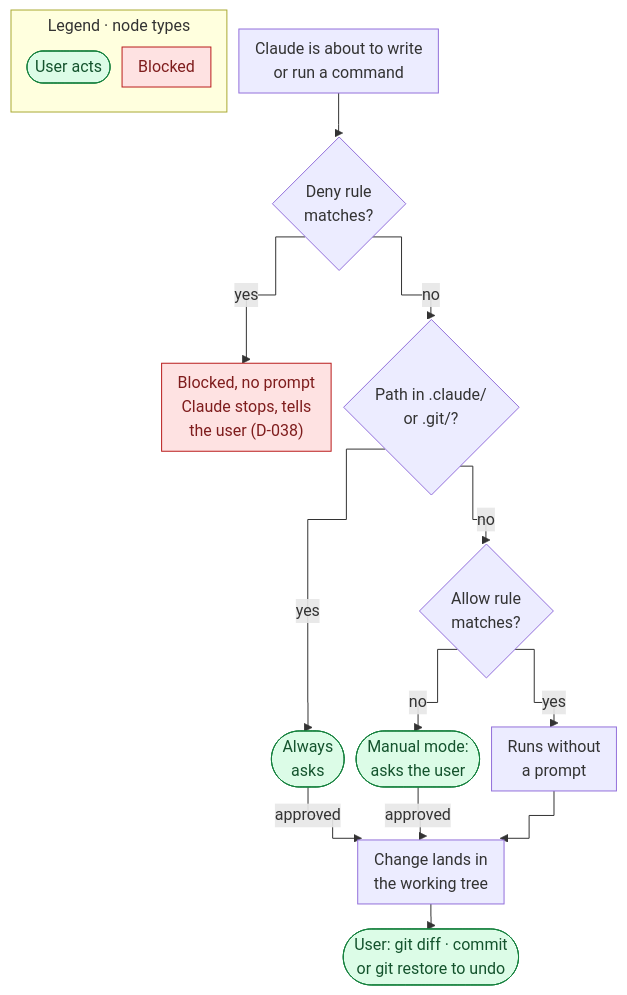
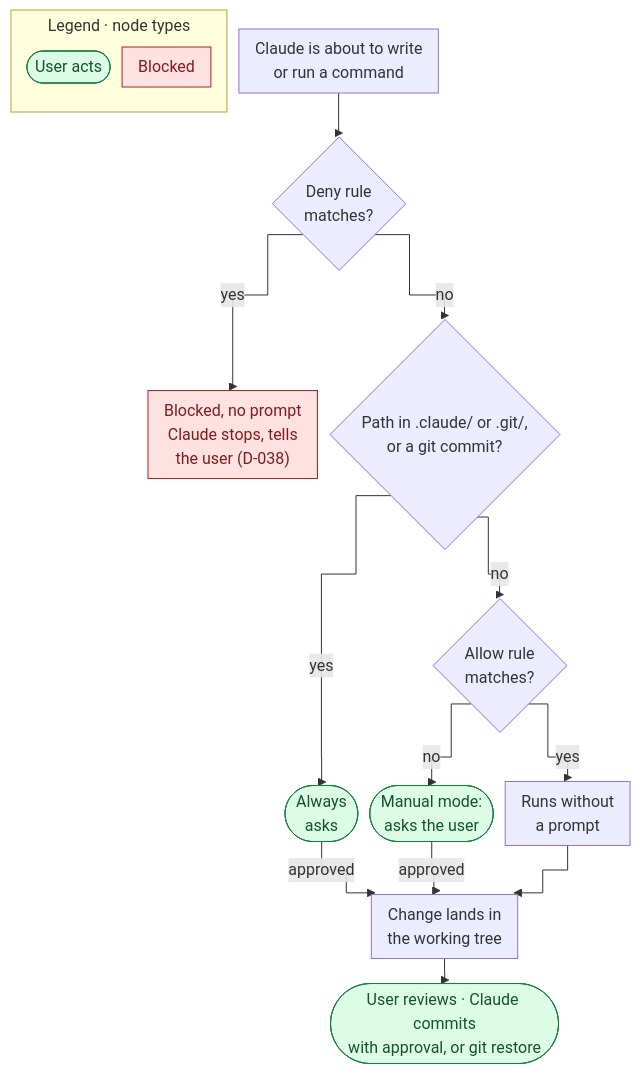
Diagram 15 of 18 in mine/projects/thinking-system/20 Product Requirements.md (quocnguyen13/second-brain), drawn with Mermaid before and after one commit. The commit also changed other lines of this file and 5 other files, not shown here.

````diff
--- a/mine/projects/thinking-system/20 Product Requirements.md
+++ b/mine/projects/thinking-system/20 Product Requirements.md
@@ -841,24 +976,24 @@
 ```mermaid
 %%{init: {"flowchart": {"curve": "step", "useMaxWidth": true, "nodeSpacing": 12, "rankSpacing": 25, "padding": 8, "subGraphTitleMargin": {"top": 4, "bottom": 8}}}}%%
 flowchart TD
     subgraph LEG["Legend · node types"]
         direction TB
         L1(["User acts"]):::user
         L2["Blocked"]:::stop
     end
     A["Claude is about to write<br/>or run a command"] --> B{"Deny rule<br/>matches?"}
     B -->|"yes"| B1["Blocked, no prompt<br/>Claude stops, tells<br/>the user (D-038)"]
-    B -->|"no"| C{"Path in .claude/<br/>or .git/?"}
+    B -->|"no"| C{"Path in .claude/ or .git/,<br/>or a git commit?"}
     C -->|"yes"| C1(["Always<br/>asks"])
     C -->|"no"| D{"Allow rule<br/>matches?"}
     D -->|"yes"| D1["Runs without<br/>a prompt"]
     D -->|"no"| D2(["Manual mode:<br/>asks the user"])
     C1 -->|"approved"| E
     D2 -->|"approved"| E
     D1 --> E["Change lands in<br/>the working tree"]
-    E --> F(["User: git diff · commit<br/>or git restore to undo"])
+    E --> F(["User reviews · Claude commits<br/>with approval, or git restore"])
     classDef user fill:#dcfce7,stroke:#15803d,color:#14532d
     classDef stop fill:#fee2e2,stroke:#b91c1c,color:#7f1d1d
     class C1,D2,F user
     class B1 stop
 ```
````
